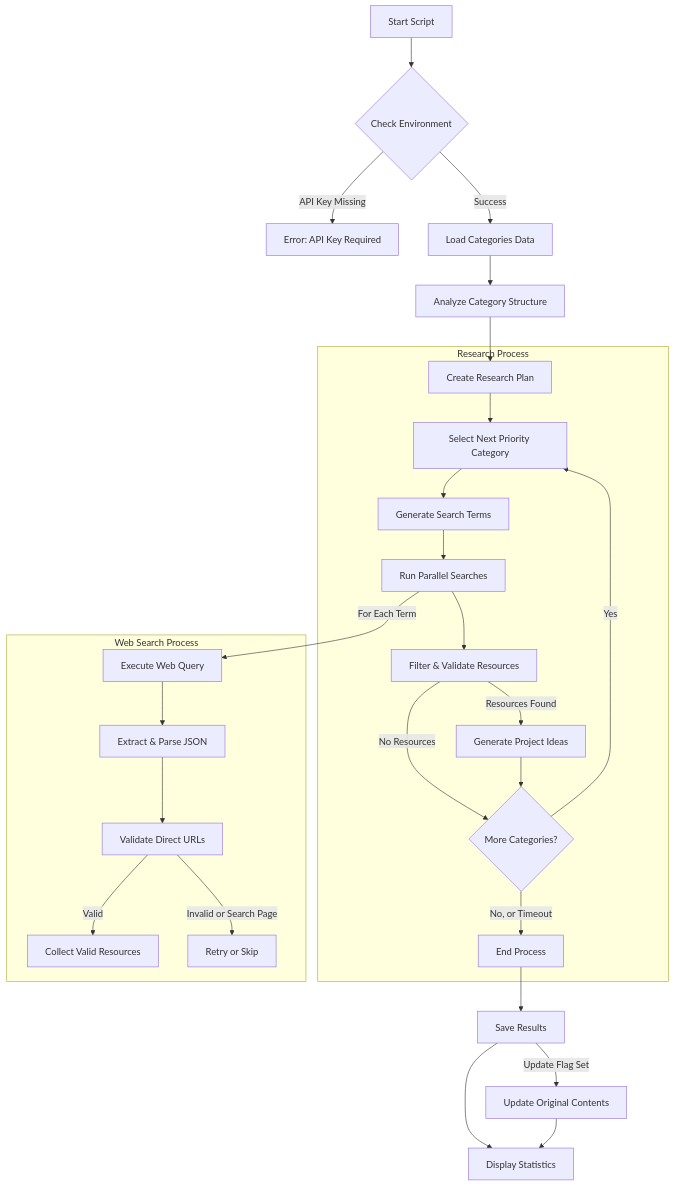
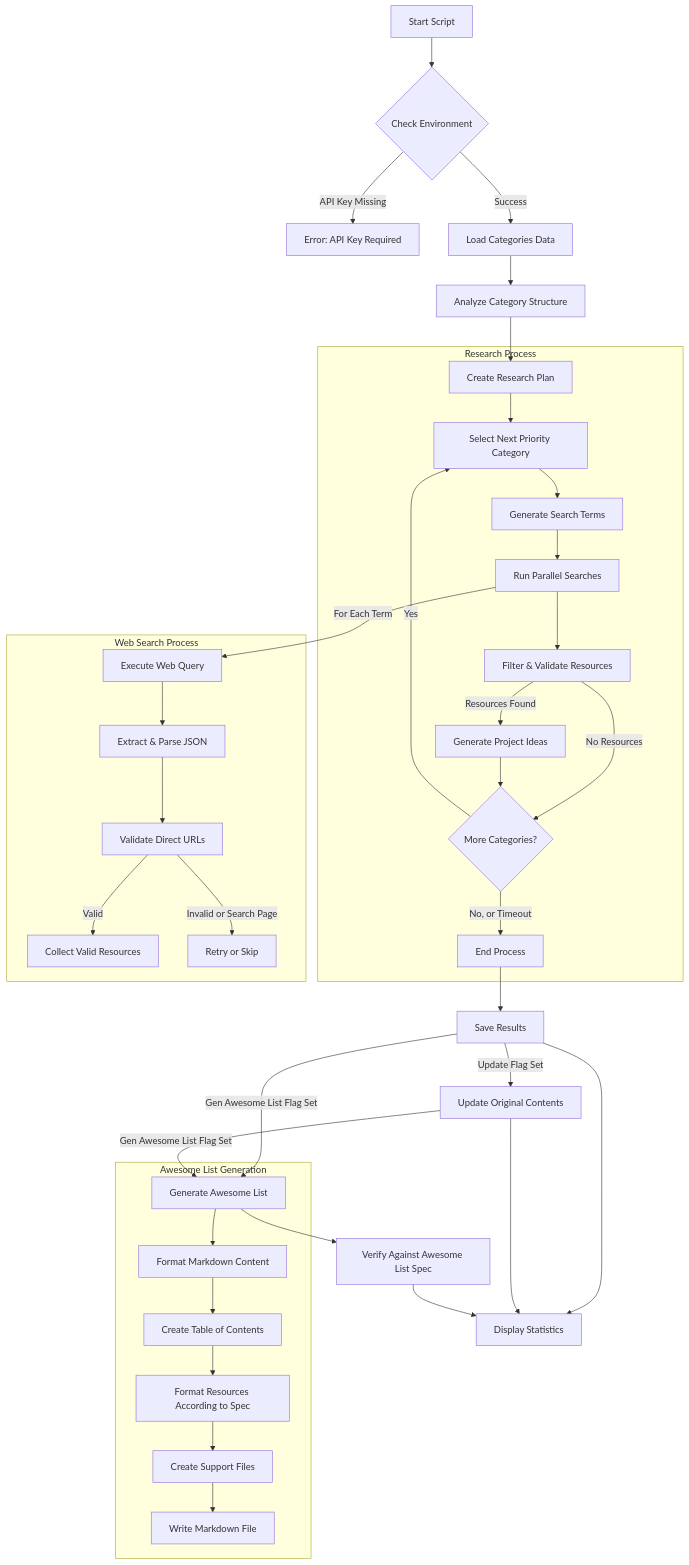
The diagram in RESEARCHER.md (krzemienski/awesome-video), drawn with Mermaid before and after one commit. The commit also changed other lines of this file and 1 other file, not shown here.

Commit message:
WIP: adding list gen

````diff
--- a/RESEARCHER.md
+++ b/RESEARCHER.md
@@ -157,34 +187,46 @@
 ```mermaid
 flowchart TD
     Start[Start Script] --> CheckEnv{Check Environment}
     CheckEnv -->|API Key Missing| Error[Error: API Key Required]
     CheckEnv -->|Success| LoadData[Load Categories Data]
 
     LoadData --> Analyze[Analyze Category Structure]
     Analyze --> Plan[Create Research Plan]
 
     subgraph ResearchProcess[Research Process]
         Plan --> SelectCat[Select Next Priority Category]
         SelectCat --> SearchTerms[Generate Search Terms]
         SearchTerms --> ParallelSearch[Run Parallel Searches]
         ParallelSearch --> Filter[Filter & Validate Resources]
         Filter --> |Resources Found| GenerateIdeas[Generate Project Ideas]
         Filter --> |No Resources| NextCat{More Categories?}
         GenerateIdeas --> NextCat
         NextCat -->|Yes| SelectCat
         NextCat -->|No, or Timeout| End
     end
 
     End[End Process] --> SaveResults[Save Results]
     SaveResults --> |Update Flag Set| UpdateOriginal[Update Original Contents]
+    SaveResults --> |Gen Awesome List Flag Set| GenerateAwesomeList[Generate Awesome List]
     SaveResults --> FinalStats[Display Statistics]
+    UpdateOriginal --> |Gen Awesome List Flag Set| GenerateAwesomeList
     UpdateOriginal --> FinalStats
+    GenerateAwesomeList --> VerifyAwesomeList[Verify Against Awesome List Spec]
+    VerifyAwesomeList --> FinalStats
 
     subgraph WebSearch[Web Search Process]
         ParallelSearch --> |For Each Term| WebQuery[Execute Web Query]
         WebQuery --> ParseJSON[Extract & Parse JSON]
         ParseJSON --> ValidateURLs[Validate Direct URLs]
         ValidateURLs --> |Valid| CollectResources[Collect Valid Resources]
         ValidateURLs --> |Invalid or Search Page| RetryOrSkip[Retry or Skip]
     end
+
+    subgraph AwesomeListGen[Awesome List Generation]
+        GenerateAwesomeList --> FormatMarkdown[Format Markdown Content]
+        FormatMarkdown --> CreateTOC[Create Table of Contents]
+        CreateTOC --> FormatResources[Format Resources According to Spec]
+        FormatResources --> CreateSupportFiles[Create Support Files]
+        CreateSupportFiles --> OutputMD[Write Markdown File]
+    end
 ```
````
